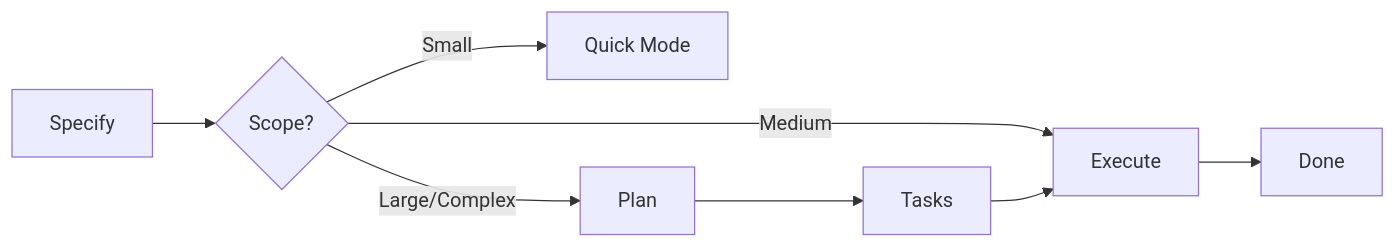
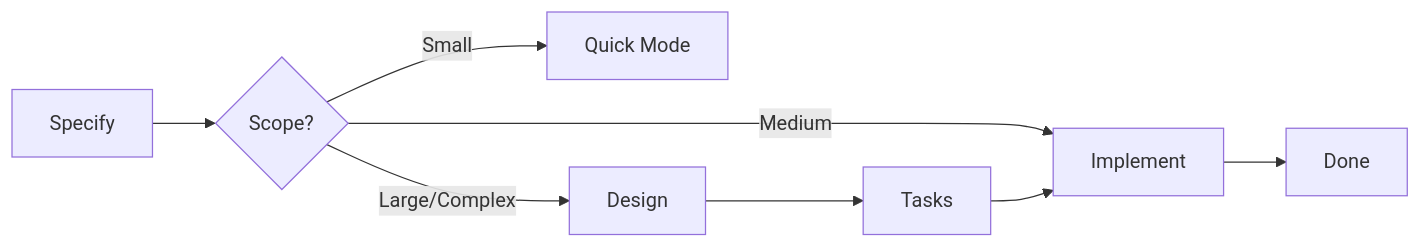
Before and after one commit to adeonir/agent-skills: the diagram in skills/(development)/spec-driven/README.md, drawn with Mermaid. The commit also changed other lines of this file and 24 other files, not shown here.

First line of the commit message:
refactor: rename Plan to Design and Execute to Implement in spec-driven

````diff
--- a/skills/(development)/spec-driven/README.md
+++ b/skills/(development)/spec-driven/README.md
@@ -15,10 +15,10 @@
 ```mermaid
 flowchart LR
     A[Specify] --> B{Scope?}
     B -->|Small| C[Quick Mode]
-    B -->|Medium| F[Execute]
-    B -->|Large/Complex| D[Plan]
+    B -->|Medium| F[Implement]
+    B -->|Large/Complex| D[Design]
     D --> E[Tasks]
     E --> F
     F --> G[Done]
 ```
````
